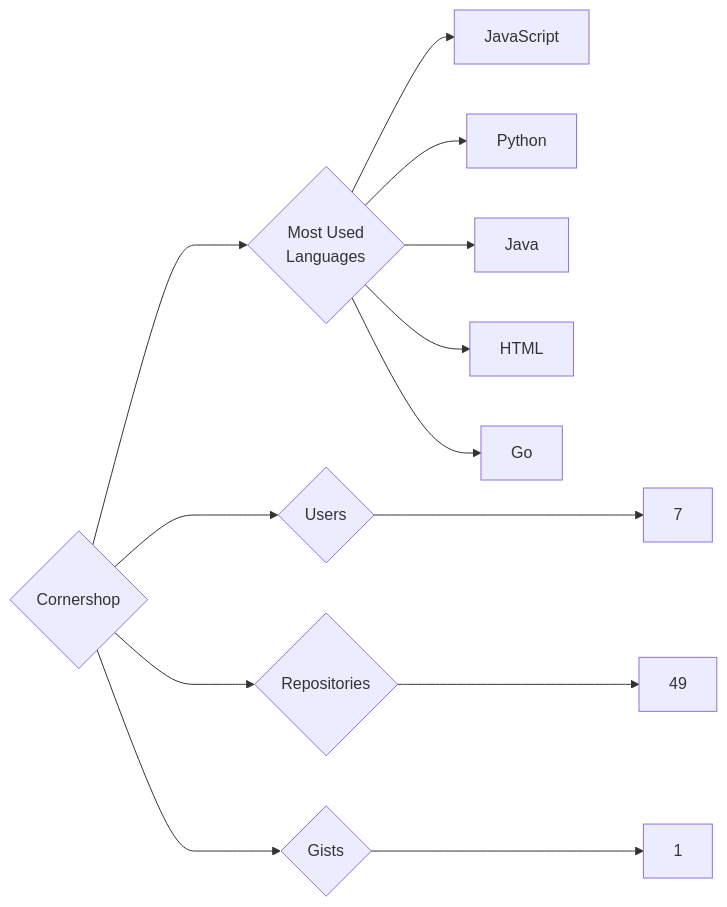
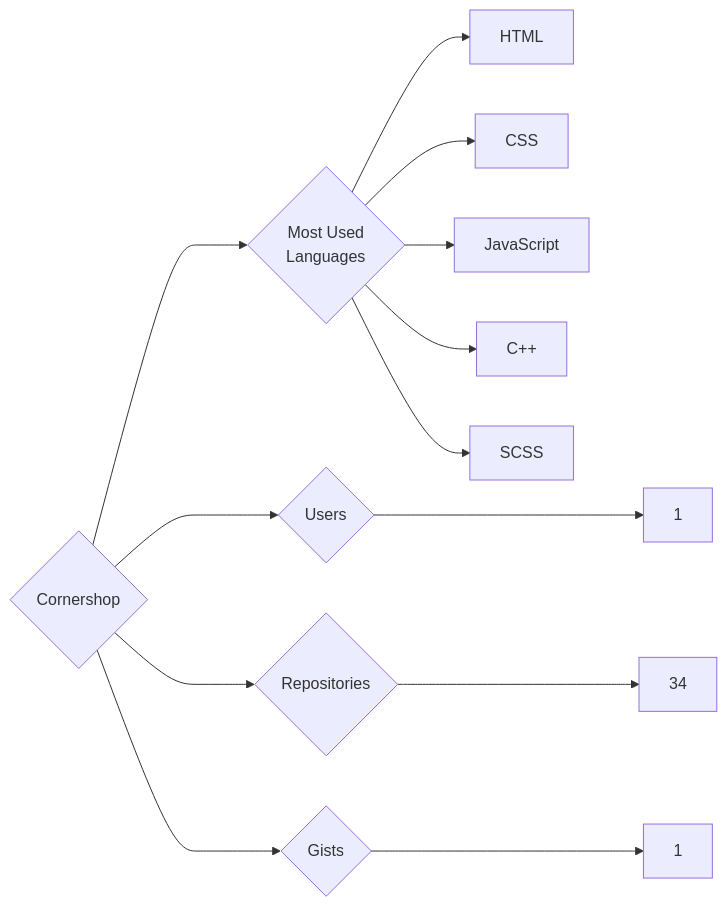
One commit to trickest/insiders changed the diagram in targets/Cornershop/README.md. Above: the diagram before and after it, drawn with Mermaid. The commit also changed 857 other files, not shown here.

````diff
--- a/targets/Cornershop/README.md
+++ b/targets/Cornershop/README.md
@@ -3,13 +3,13 @@
 ```mermaid
 graph LR
 COMPANY_NAME{Cornershop}
-COMPANY_NAME ---> U{Users} ---> UN[7]
-COMPANY_NAME ---> R{Repositories} ---> RN[49]
+COMPANY_NAME ---> U{Users} ---> UN[1]
+COMPANY_NAME ---> R{Repositories} ---> RN[34]
 COMPANY_NAME ---> G{Gists} ---> GN[1]
 COMPANY_NAME ---> ML{Most Used<br>Languages}
+ML --> HTML[HTML]
+ML --> CSS[CSS]
 ML --> JavaScript[JavaScript]
-ML --> Python[Python]
-ML --> Java[Java]
-ML --> HTML[HTML]
-ML --> Go[Go]
+ML --> C++[C++]
+ML --> SCSS[SCSS]
 ```
````
